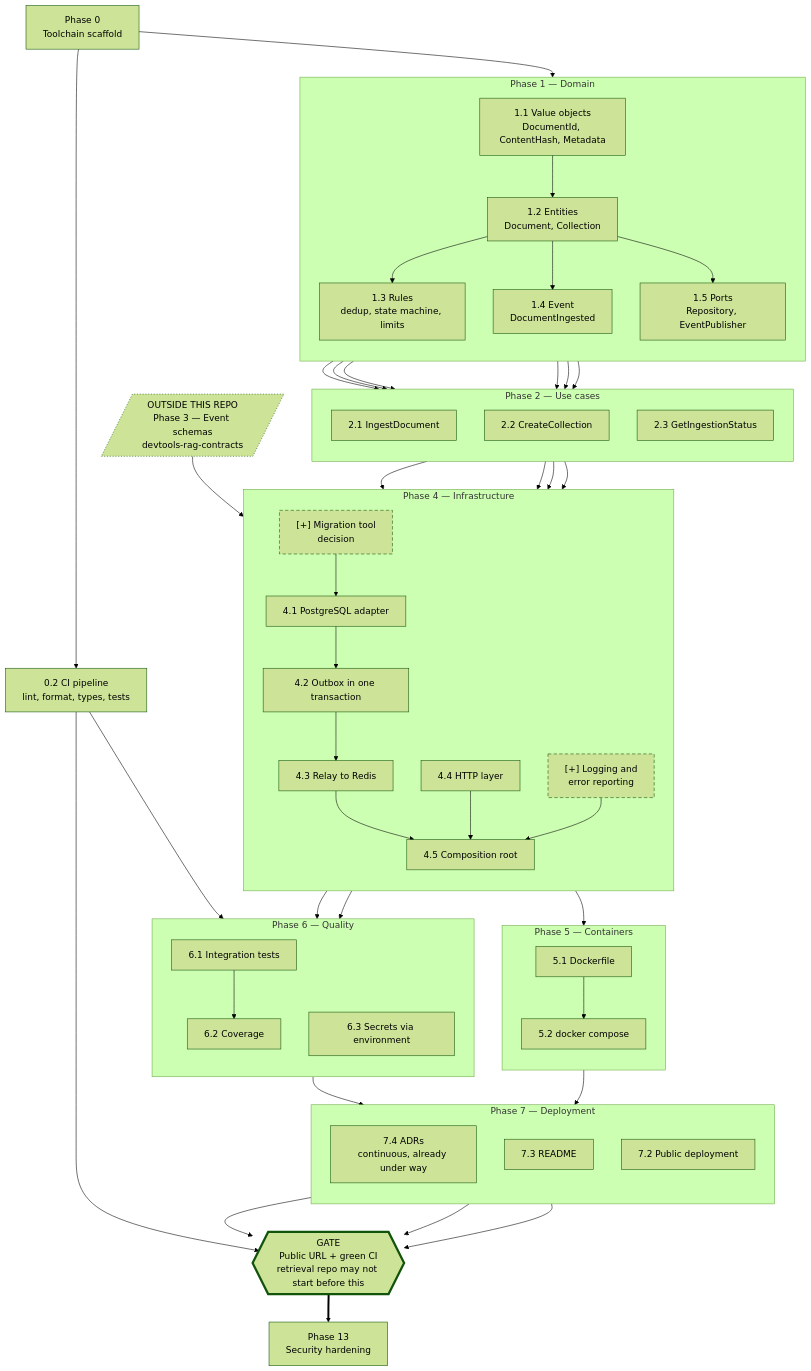
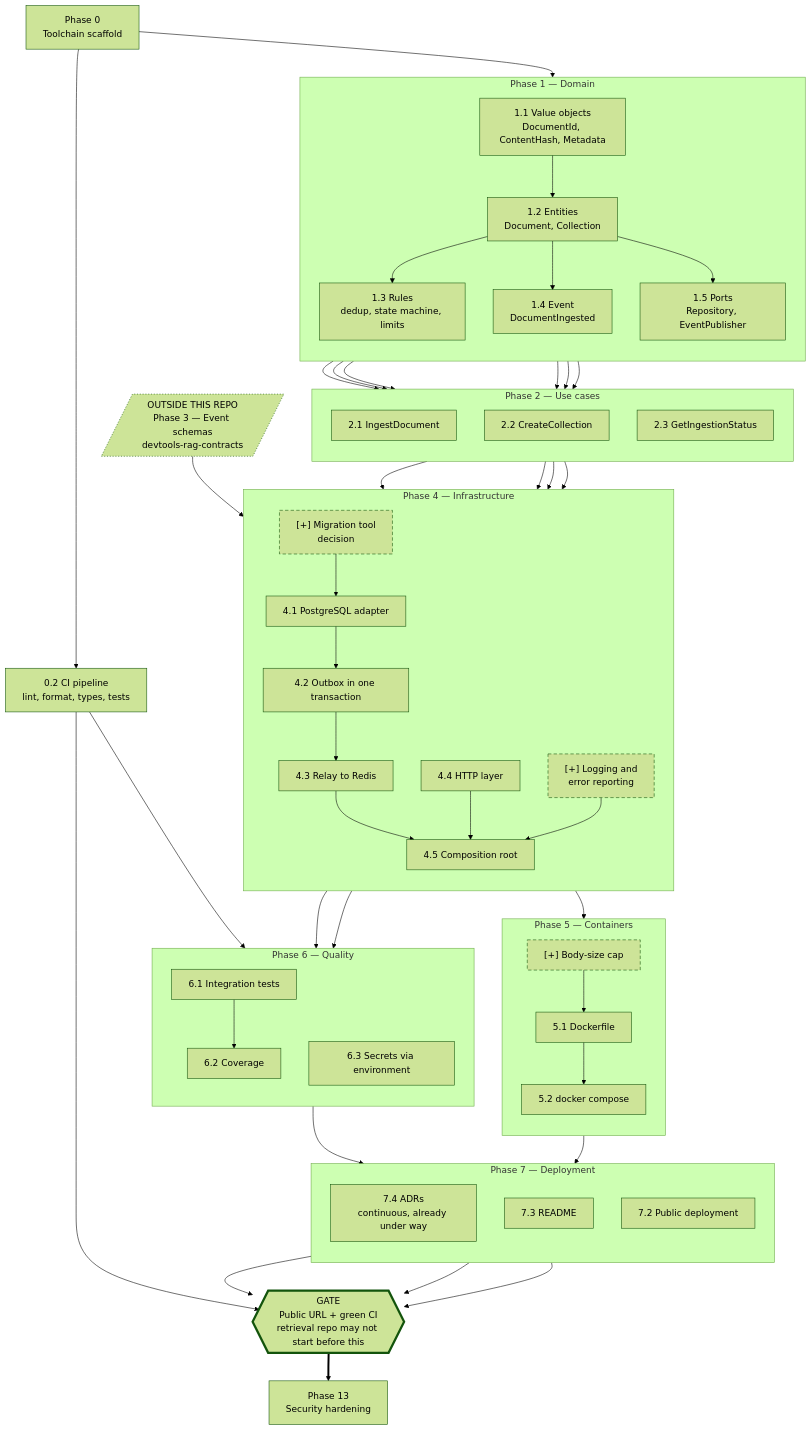
Before and after one commit to 1dardo1/devtools-rag-ingestion: the diagram in docs/BUILD-PLAN.md, drawn with Mermaid (forest theme). The commit also changed other lines of this file and 9 other files, not shown here.

````diff
--- a/docs/BUILD-PLAN.md
+++ b/docs/BUILD-PLAN.md
@@ -54,6 +54,7 @@
 
     subgraph PH5["Phase 5 — Containers"]
         direction TB
+        ADD_CAP["[+] Body-size cap"]
         U51["5.1 Dockerfile"]
         U52["5.2 docker compose"]
     end
@@ -99,7 +100,7 @@
     U44 --> U45
     ADD_LOG --> U45
 
-    U45 --> U51 --> U52
+    U45 --> ADD_CAP --> U51 --> U52
     U45 --> U61 --> U62
     U45 --> U63
 
@@ -116,6 +117,6 @@
     classDef added stroke-dasharray: 6 4
     classDef outside stroke-dasharray: 2 3
     class GATE gate
-    class ADD_MIG,ADD_LOG added
+    class ADD_MIG,ADD_LOG,ADD_CAP added
     class EXT3 outside
 ```
````
